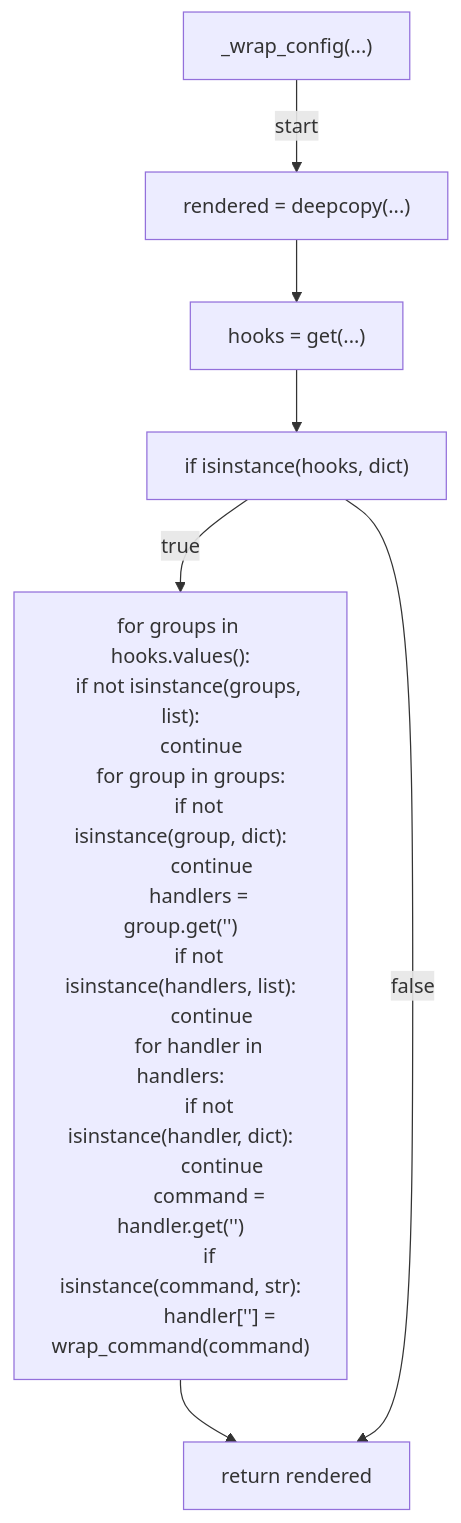
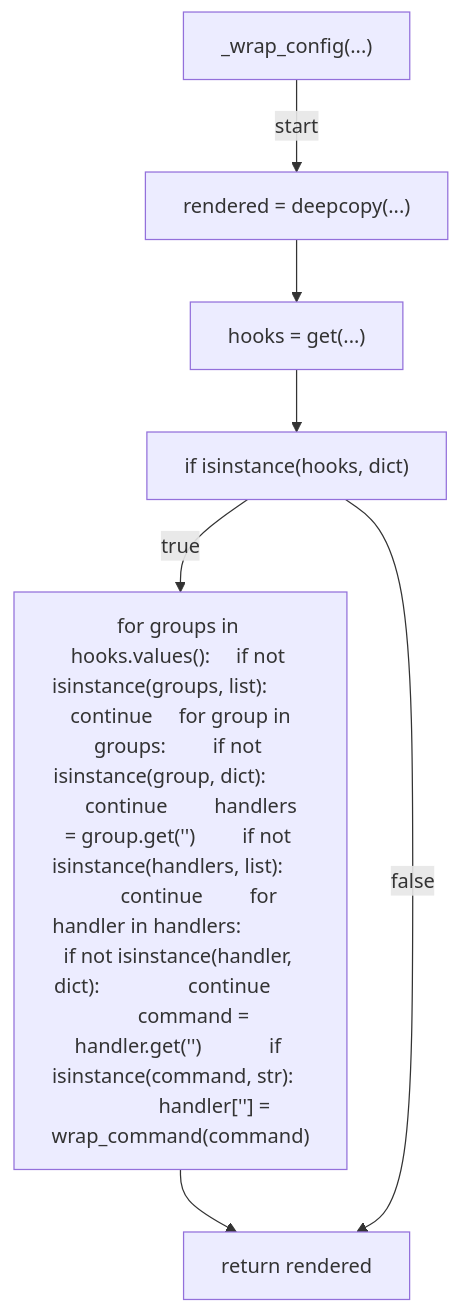
One commit to tvna/claude-md changed the fourth of 8 diagrams in docs/generated/scripts/ast/gen_agent_hooks.md. Above: the diagram before and after it, drawn with Mermaid. The commit also changed other lines of this file and 30 other files, not shown here.

First line of the commit message:
docs(generated): regenerate decision tree and workflow diagrams (batch 2/5)

````diff
--- a/docs/generated/scripts/ast/gen_agent_hooks.md
+++ b/docs/generated/scripts/ast/gen_agent_hooks.md
@@ -46,29 +46,15 @@
 ```mermaid
 flowchart TD
     N001["_wrap_config(...)"]
     N002["rendered = deepcopy(...)"]
     N003["hooks = get(...)"]
     N004["if isinstance(hooks, dict)"]
-    N005["for groups in hooks.values():
-    if not isinstance(groups, list):
-        continue
-    for group in groups:
-        if not isinstance(group, dict):
-            continue
-        handlers = group.get('<str>')
-        if not isinstance(handlers, list):
-            continue
-        for handler in handlers:
-            if not isinstance(handler, dict):
-                continue
-            command = handler.get('<str>')
-            if isinstance(command, str):
-                handler['<str>'] = wrap_command(command)"]
+    N005["for groups in hooks.values():     if not isinstance(groups, list):         continue     for group in groups:         if not isinstance(group, dict):             continue         handlers = group.get('<str>')         if not isinstance(handlers, list):             continue         for handler in handlers:             if not isinstance(handler, dict):                 continue             command = handler.get('<str>')             if isinstance(command, str):                 handler['<str>'] = wrap_command(command)"]
     N006["return rendered"]
     N001 -->|"start"| N002
     N002 --> N003
     N003 --> N004
     N004 -->|"true"| N005
     N005 --> N006
     N004 -->|"false"| N006
 ```
````
